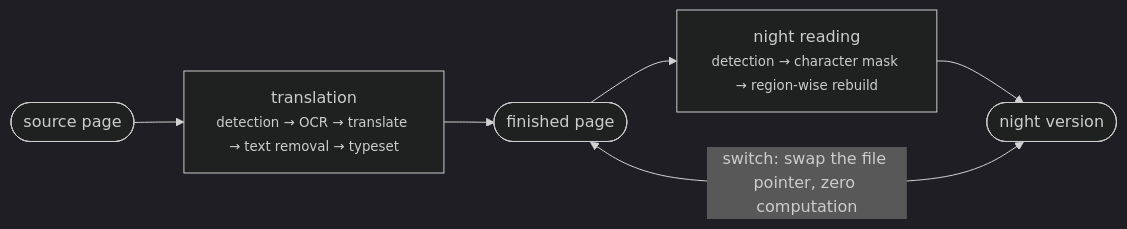
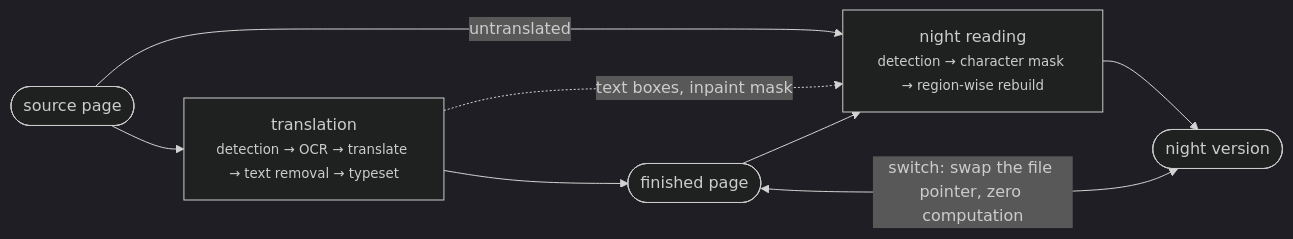
Before and after one commit to joyeli/yakuyomi-nightread: the second of 2 diagrams in docs/ARCHITECTURE.md, drawn with Mermaid (dark theme). The commit also changed other lines of this file and 25 other files, not shown here.

````diff
--- a/docs/ARCHITECTURE.md
+++ b/docs/ARCHITECTURE.md
@@ -263,8 +271,10 @@
 ```mermaid
 flowchart LR
     SRC([source page]) --> TR[translation<br/><small>detection → OCR → translate → text removal → typeset</small>]
     TR --> DAY([finished page])
+    SRC -->|untranslated| NR
+    TR -.->|text boxes, inpaint mask| NR
     DAY --> NR[night reading<br/><small>detection → character mask → region-wise rebuild</small>]
     NR --> NIGHT([night version])
     DAY <-->|switch: swap the file pointer, zero computation| NIGHT
 ```
````
